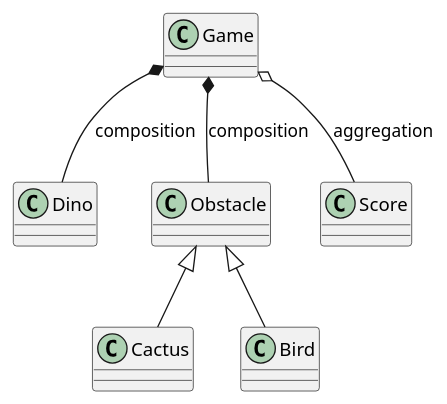
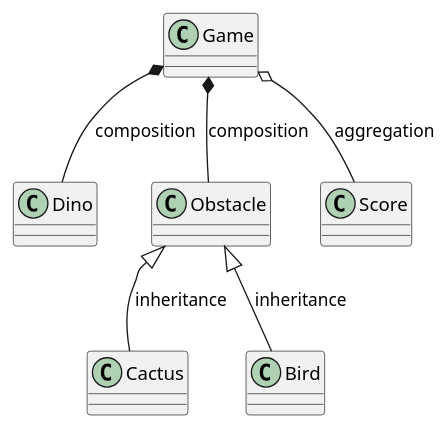
Before and after one commit to Chekezquiel12/Dinochrome: the diagram in docs/DinoChrome.puml, drawn with PlantUML. The commit also changed 1 other file, not shown here.

```diff
--- a/docs/DinoChrome.puml
+++ b/docs/DinoChrome.puml
@@ -1,16 +1,16 @@
-@startuml
+@startuml DinoChrome
 class Game
 class Dino
 class Obstacle
 class Cactus
 class Bird
 class Score
 
 Game *-- Dino : composition
 Game o-- Score : aggregation
 Game *-- Obstacle : composition
 
-Obstacle <|-- Cactus
-Obstacle <|-- Bird
+Obstacle <|-- Cactus :inheritance
+Obstacle <|-- Bird :inheritance
 
 @enduml
```
